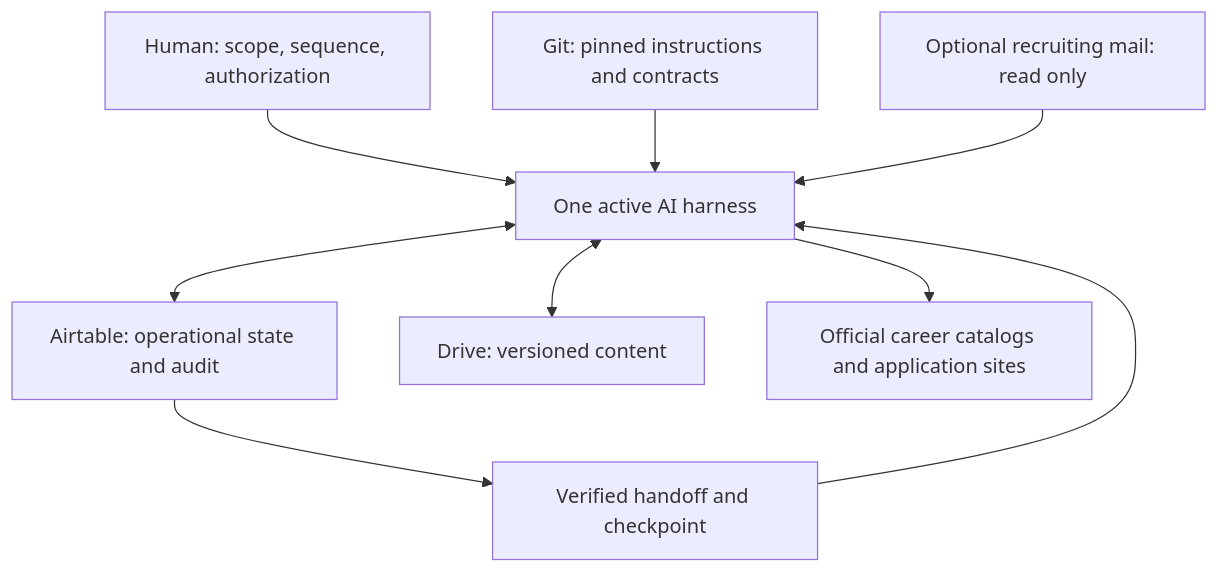
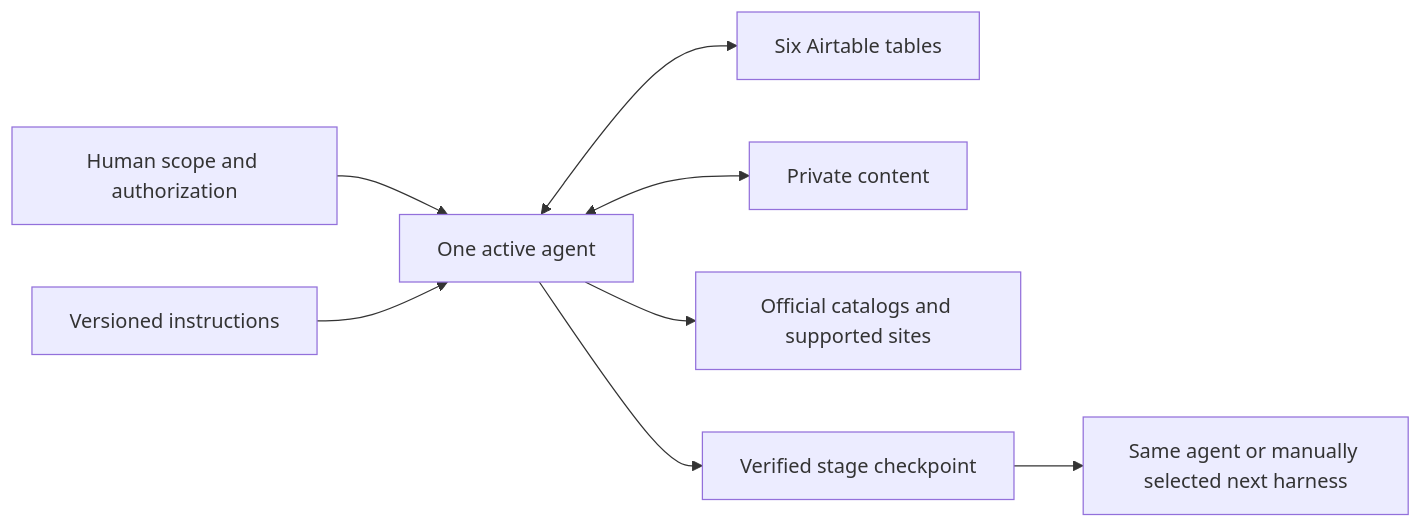
The diagram in ARCHITECTURE.md (sravankm86/nextmove), drawn with Mermaid before and after one commit. The commit also changed other lines of this file and 45 other files, not shown here.

Commit message:
Simplify workflow to six tables and verify PM eligibility before inventory

````diff
--- a/ARCHITECTURE.md
+++ b/ARCHITECTURE.md
@@ -15,11 +16,10 @@
-```mermaid
-flowchart TD
-    Operator[Human: scope, sequence, authorization] --> Harness[One active AI harness]
-    Repo[Git: pinned instructions and contracts] --> Harness
-    Harness <--> State[Airtable: operational state and audit]
-    Harness <--> Content[Drive: versioned content]
-    Harness --> Official[Official career catalogs and application sites]
-    Mail[Optional recruiting mail: read only] --> Harness
-    State --> Handoff[Verified handoff and checkpoint]
-    Handoff --> Harness
-```
+~~~mermaid
+flowchart LR
+    Human[Human scope and authorization] --> Agent[One active agent]
+    Git[Versioned instructions] --> Agent
+    Agent <--> State[Six Airtable tables]
+    Agent <--> Drive[Private content]
+    Agent --> Official[Official catalogs and supported sites]
+    Agent --> Handoff[Verified stage checkpoint]
+    Handoff --> Next[Same agent or manually selected next harness]
+~~~
````
